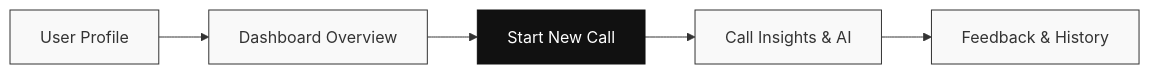
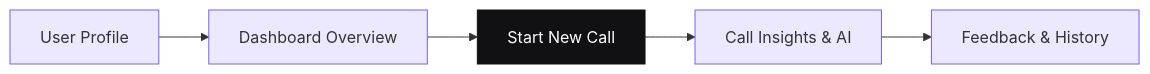
The diagram in README.md (Gautam-Bharadwaj/Hintro_project), drawn with Mermaid before and after one commit.

Commit message:
docs: update Mermaid diagram colors to Hintro theme

````diff
--- a/README.md
+++ b/README.md
@@ -16,13 +16,13 @@
 ```mermaid
 graph LR
     A[User Profile] --> B[Dashboard Overview]
     B --> C[Start New Call]
     C --> D[Call Insights & AI]
     D --> E[Feedback & History]
     
-    style A fill:#f9f9f9,stroke:#333,stroke-width:1px
-    style B fill:#f9f9f9,stroke:#333,stroke-width:1px
-    style C fill:#111,stroke:#111,color:#fff
-    style D fill:#f9f9f9,stroke:#333,stroke-width:1px
-    style E fill:#f9f9f9,stroke:#333,stroke-width:1px
+    style A fill:#ece9ff,stroke:#7c5cff,stroke-width:1px
+    style B fill:#ece9ff,stroke:#7c5cff,stroke-width:1px
+    style C fill:#111114,stroke:#111114,color:#fff
+    style D fill:#ece9ff,stroke:#7c5cff,stroke-width:1px
+    style E fill:#ece9ff,stroke:#7c5cff,stroke-width:1px
 ```
````
